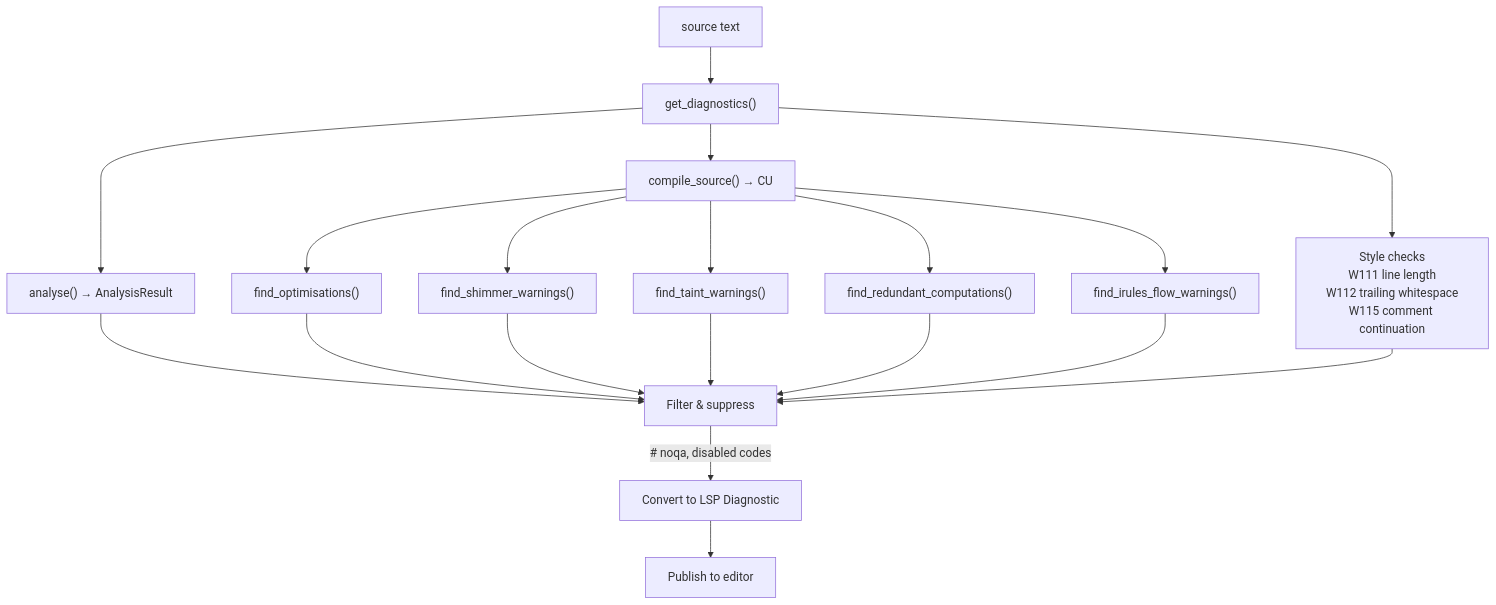
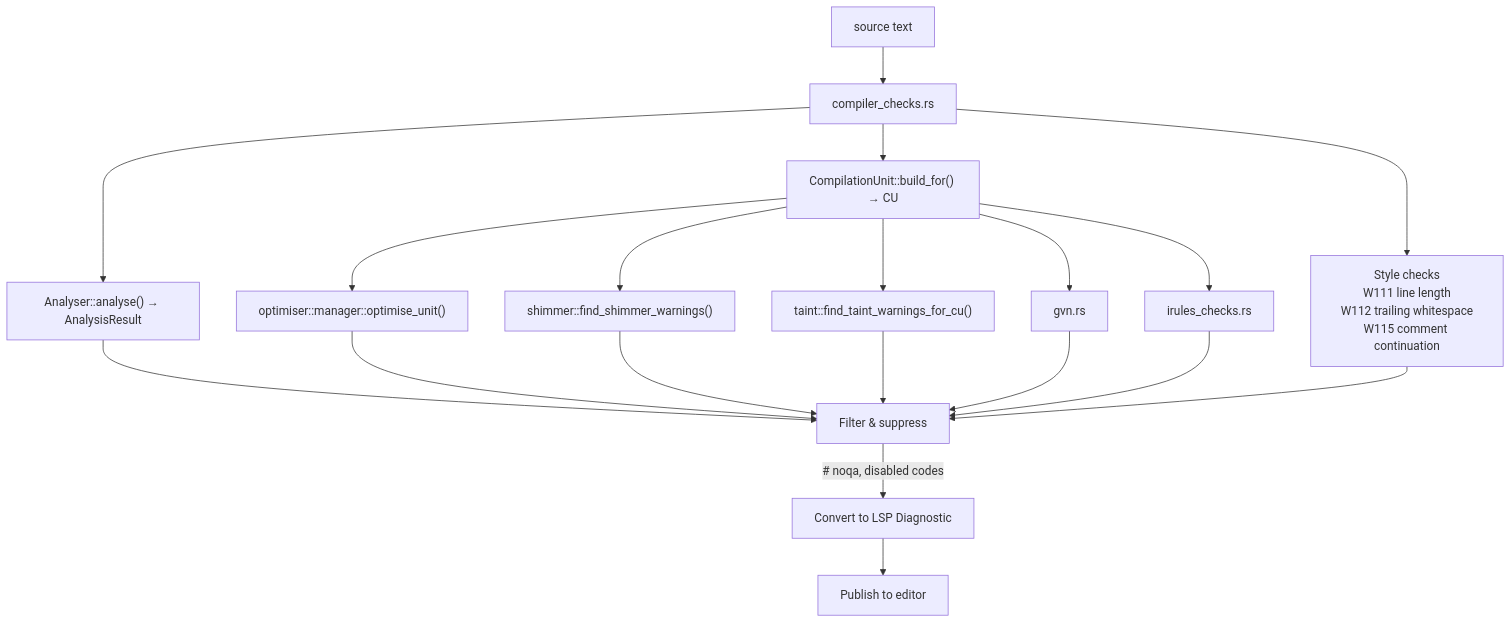
Before and after one commit to bitwisecook/tcl-lsp: diagram 17 of 20 in docs/design/compiler-architecture.md, drawn with Mermaid. The commit also changed other lines of this file and 66 other files, not shown here.

````diff
--- a/docs/design/compiler-architecture.md
+++ b/docs/design/compiler-architecture.md
@@ -618,26 +618,26 @@
 ```mermaid
 flowchart TD
-    SRC["source text"] --> GD["get_diagnostics()"]
+    SRC["source text"] --> GD["compiler_checks.rs"]
 
-    GD --> CS["compile_source() → CU"]
-    GD --> AN["analyse() → AnalysisResult"]
+    GD --> CS["CompilationUnit::build_for() → CU"]
+    GD --> AN["Analyser::analyse() → AnalysisResult"]
 
     GD --> STYLE["Style checks<br/>W111 line length<br/>W112 trailing whitespace<br/>W115 comment continuation"]
 
-    CS --> OPT["find_optimisations()"]
-    CS --> SHIM["find_shimmer_warnings()"]
-    CS --> TAINT["find_taint_warnings()"]
-    CS --> GVN["find_redundant_computations()"]
-    CS --> IFLOW["find_irules_flow_warnings()"]
+    CS --> OPT["optimiser::manager::optimise_unit()"]
+    CS --> SHIM["shimmer::find_shimmer_warnings()"]
+    CS --> TAINT["taint::find_taint_warnings_for_cu()"]
+    CS --> GVN["gvn.rs"]
+    CS --> IFLOW["irules_checks.rs"]
 
     AN --> FILT["Filter & suppress"]
     OPT --> FILT
     SHIM --> FILT
     TAINT --> FILT
     GVN --> FILT
     IFLOW --> FILT
     STYLE --> FILT
 
     FILT -->|"# noqa, disabled codes"| CONV["Convert to LSP Diagnostic"]
     CONV --> LSP["Publish to editor"]
 ```
````
